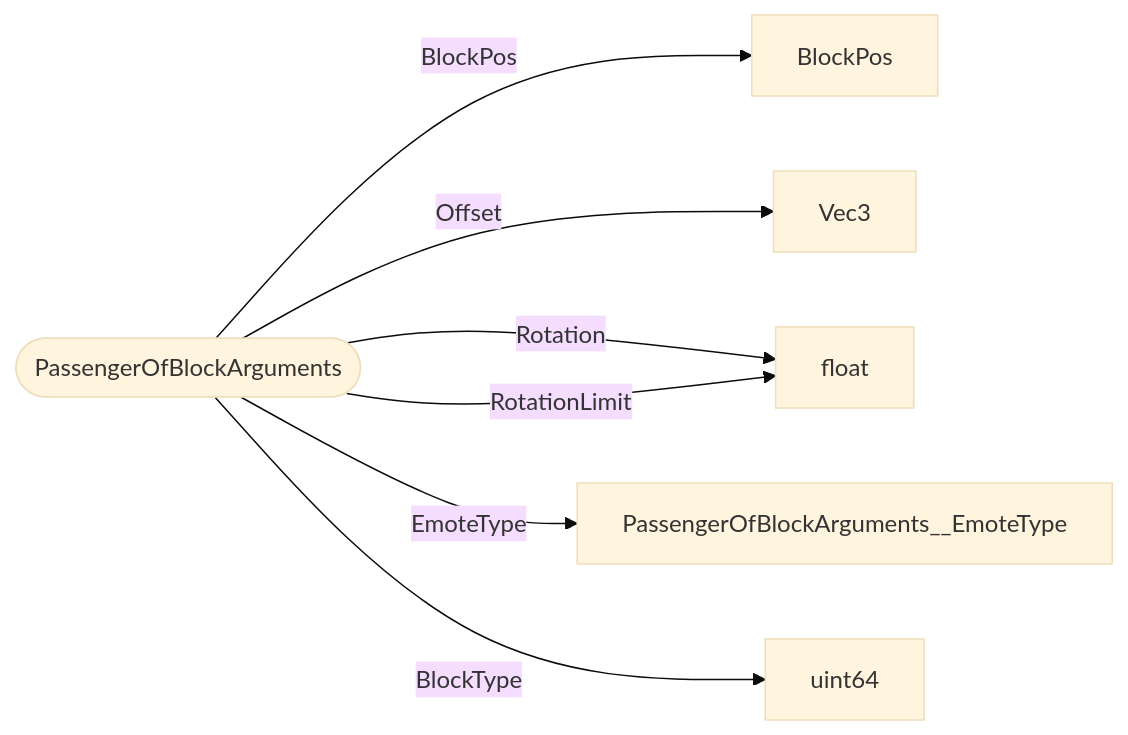
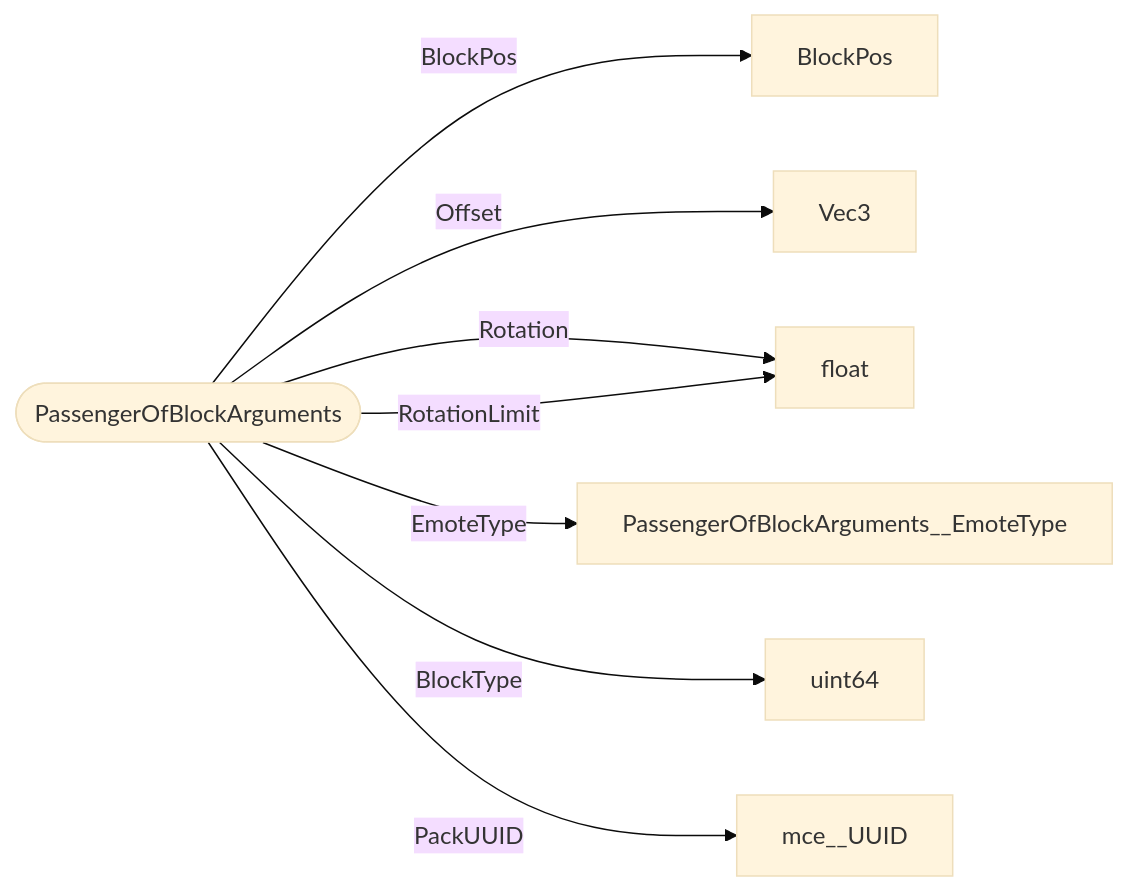
One commit to bedrock-v/protocol-docs changed the diagram in schemas/types/PassengerOfBlockArguments.md. Above: the diagram before and after it, drawn with Mermaid (base theme). The commit also changed 32 other files, not shown here.

````diff
--- a/schemas/types/PassengerOfBlockArguments.md
+++ b/schemas/types/PassengerOfBlockArguments.md
@@ -5,10 +5,11 @@
 ```mermaid
 flowchart LR
   ROOT(["PassengerOfBlockArguments"])
   ROOT -->|"BlockPos"| BlockPos["BlockPos"]
   ROOT -->|"Offset"| Vec3["Vec3"]
   ROOT -->|"Rotation"| float["float"]
   ROOT -->|"RotationLimit"| float["float"]
   ROOT -->|"EmoteType"| PassengerOfBlockArguments__EmoteType["PassengerOfBlockArguments__EmoteType"]
   ROOT -->|"BlockType"| uint64["uint64"]
+  ROOT -->|"PackUUID"| mce__UUID["mce__UUID"]
 ```
````
